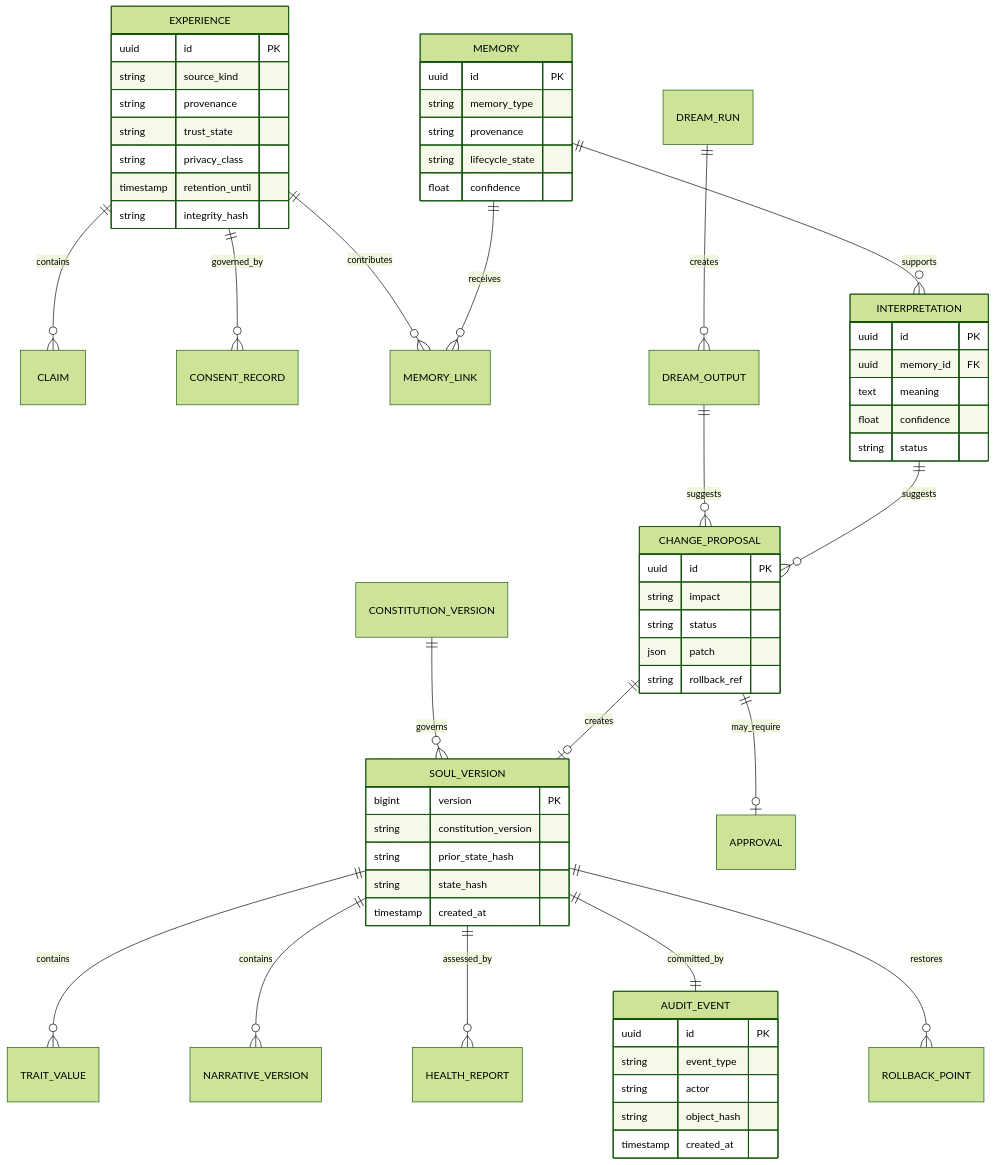
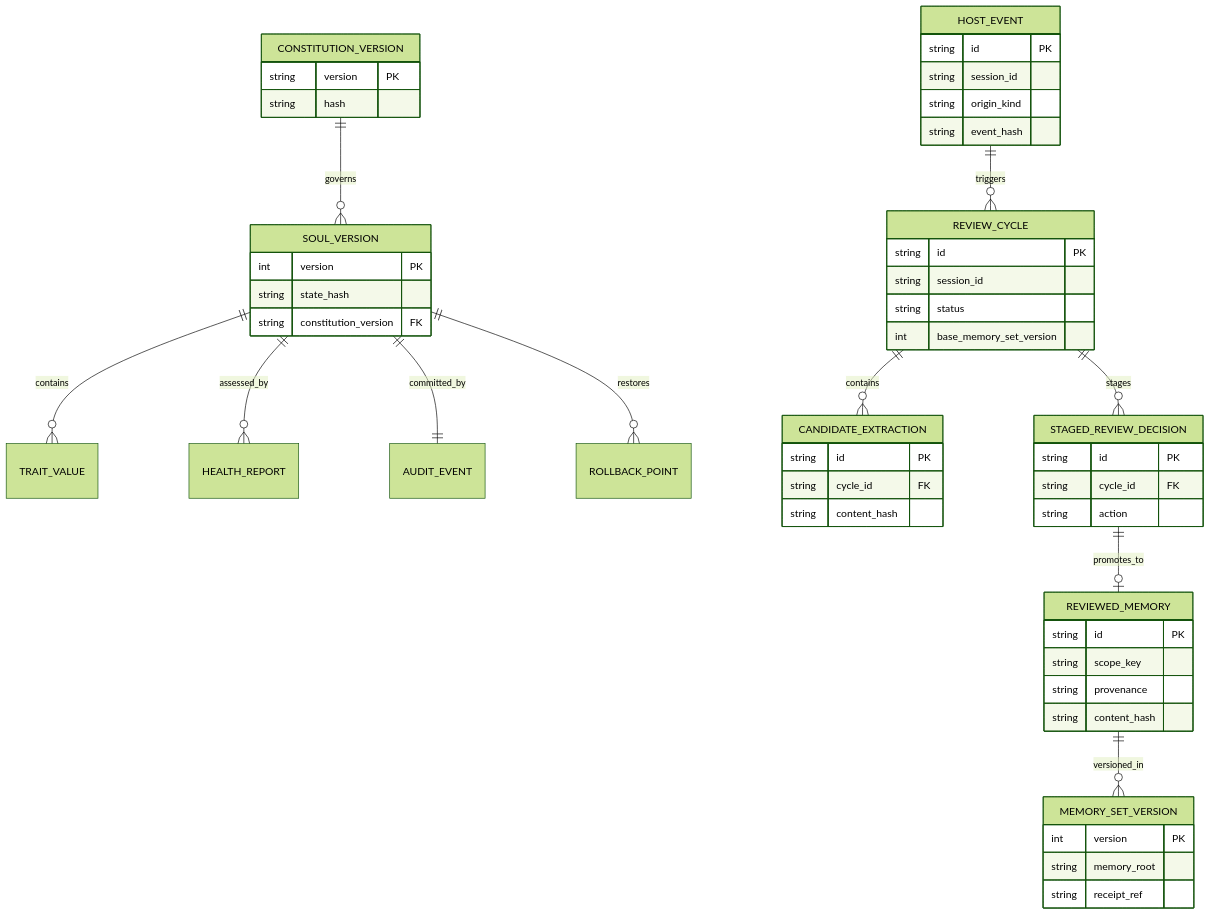
The seventh of 8 diagrams in docs/ARCHITECTURE.md (Azhonaras/soul-engine), drawn with Mermaid (forest theme) before and after one commit. The commit also changed other lines of this file and 32 other files, not shown here.

First line of the commit message:
feat(release): v1.1.0 - Human Review Cycle Governance, ISO Verification & Benchmark Suite

````diff
--- a/docs/ARCHITECTURE.md
+++ b/docs/ARCHITECTURE.md
@@ -439,64 +443,57 @@
 ```mermaid
 erDiagram
     CONSTITUTION_VERSION ||--o{ SOUL_VERSION : governs
     SOUL_VERSION ||--o{ TRAIT_VALUE : contains
-    SOUL_VERSION ||--o{ NARRATIVE_VERSION : contains
     SOUL_VERSION ||--o{ HEALTH_REPORT : assessed_by
-    EXPERIENCE ||--o{ CLAIM : contains
-    EXPERIENCE ||--o{ CONSENT_RECORD : governed_by
-    EXPERIENCE ||--o{ MEMORY_LINK : contributes
-    MEMORY ||--o{ MEMORY_LINK : receives
-    MEMORY ||--o{ INTERPRETATION : supports
-    DREAM_RUN ||--o{ DREAM_OUTPUT : creates
-    DREAM_OUTPUT ||--o{ CHANGE_PROPOSAL : suggests
-    INTERPRETATION ||--o{ CHANGE_PROPOSAL : suggests
-    CHANGE_PROPOSAL ||--o| APPROVAL : may_require
-    CHANGE_PROPOSAL ||--o| SOUL_VERSION : creates
     SOUL_VERSION ||--|| AUDIT_EVENT : committed_by
     SOUL_VERSION ||--o{ ROLLBACK_POINT : restores
+    
+    HOST_EVENT ||--o{ REVIEW_CYCLE : triggers
+    REVIEW_CYCLE ||--o{ CANDIDATE_EXTRACTION : contains
+    REVIEW_CYCLE ||--o{ STAGED_REVIEW_DECISION : stages
+    STAGED_REVIEW_DECISION ||--o| REVIEWED_MEMORY : promotes_to
+    REVIEWED_MEMORY ||--o{ MEMORY_SET_VERSION : versioned_in
 
-    EXPERIENCE {
-      uuid id PK
-      string source_kind
-      string provenance
-      string trust_state
-      string privacy_class
-      timestamp retention_until
-      string integrity_hash
-    }
-    MEMORY {
-      uuid id PK
-      string memory_type
-      string provenance
-      string lifecycle_state
-      float confidence
-    }
-    INTERPRETATION {
-      uuid id PK
-      uuid memory_id FK
-      text meaning
-      float confidence
-      string status
+    CONSTITUTION_VERSION {
+      string version PK
+      string hash
     }
     SOUL_VERSION {
-      bigint version PK
-      string constitution_version
-      string prior_state_hash
+      int version PK
       string state_hash
-      timestamp created_at
+      string constitution_version FK
     }
-    CHANGE_PROPOSAL {
-      uuid id PK
-      string impact
+    HOST_EVENT {
+      string id PK
+      string session_id
+      string origin_kind
+      string event_hash
+    }
+    REVIEW_CYCLE {
+      string id PK
+      string session_id
       string status
-      json patch
-      string rollback_ref
+      int base_memory_set_version
     }
-    AUDIT_EVENT {
-      uuid id PK
-      string event_type
-      string actor
-      string object_hash
-      timestamp created_at
+    CANDIDATE_EXTRACTION {
+      string id PK
+      string cycle_id FK
+      string content_hash
+    }
+    STAGED_REVIEW_DECISION {
+      string id PK
+      string cycle_id FK
+      string action
+    }
+    REVIEWED_MEMORY {
+      string id PK
+      string scope_key
+      string provenance
+      string content_hash
+    }
+    MEMORY_SET_VERSION {
+      int version PK
+      string memory_root
+      string receipt_ref
     }
 ```
````
